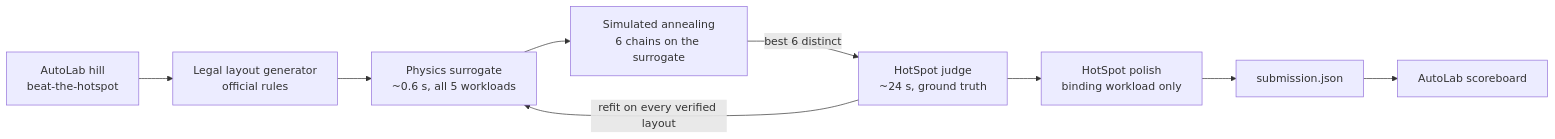
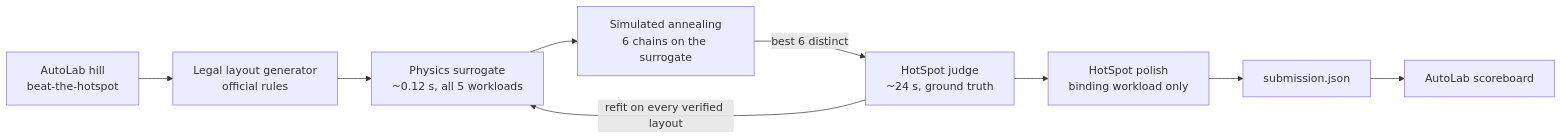
One commit to wilsonwu-ai/sundai-hack-145 changed the diagram in README.md. Above: the diagram before and after it, drawn with Mermaid. The commit also changed other lines of this file and 10 other files, not shown here.

````diff
--- a/README.md
+++ b/README.md
@@ -35,10 +35,10 @@
 ```mermaid
 flowchart LR
   A["AutoLab hill<br/>beat-the-hotspot"] --> B["Legal layout generator<br/>official rules"]
-  B --> C["Physics surrogate<br/>~0.6 s, all 5 workloads"]
+  B --> C["Physics surrogate<br/>~0.12 s, all 5 workloads"]
   C --> D["Simulated annealing<br/>6 chains on the surrogate"]
   D -->|"best 6 distinct"| E["HotSpot judge<br/>~24 s, ground truth"]
   E -->|"refit on every verified layout"| C
   E --> F["HotSpot polish<br/>binding workload only"]
   F --> G["submission.json"] --> H["AutoLab scoreboard"]
 ```
````
